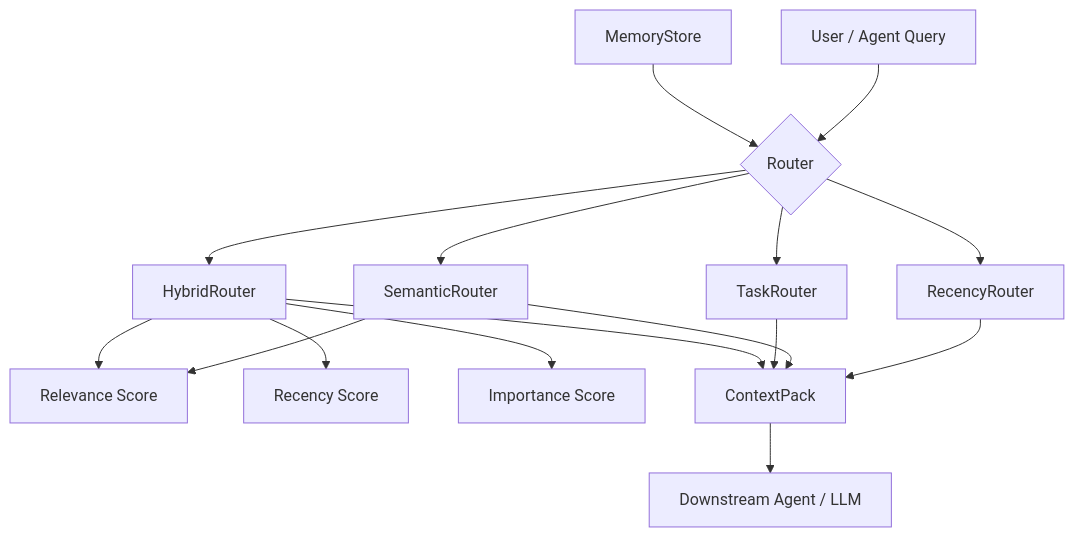
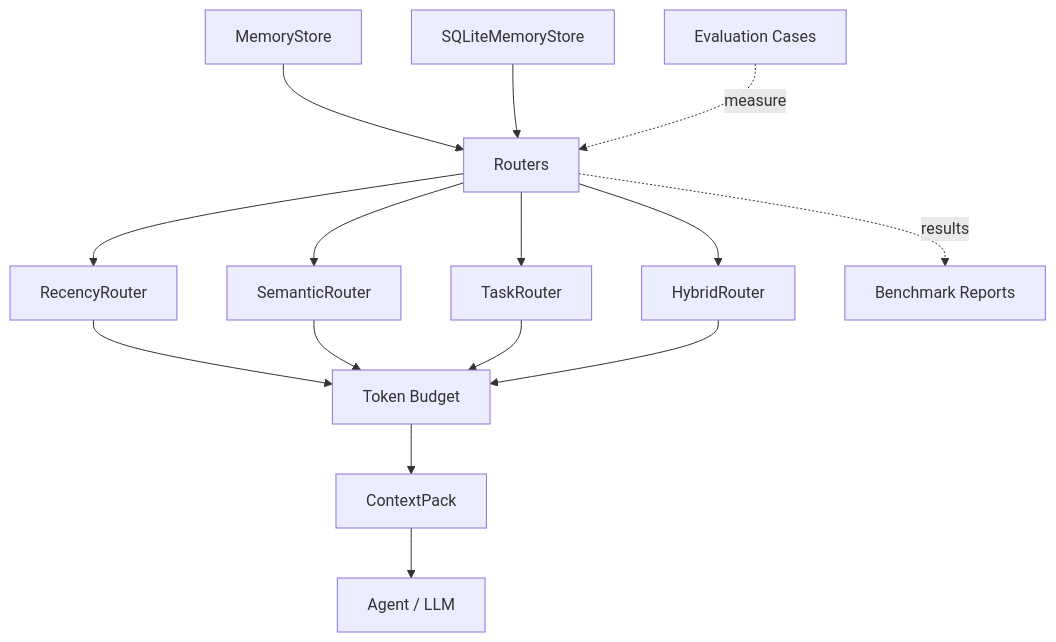
Before and after one commit to aditya89bh/context-router: the diagram in README.md, drawn with Mermaid. The commit also changed other lines of this file, not shown here.

Commit message:
Refresh README architecture section

````diff
--- a/README.md
+++ b/README.md
@@ -18,18 +18,18 @@
 ```mermaid
 flowchart TD
-    Q[User / Agent Query] --> R{Router}
-    M[MemoryStore] --> R
+    MS[MemoryStore] --> R[Routers]
+    SMS[SQLiteMemoryStore] --> R
     R --> RR[RecencyRouter]
     R --> SR[SemanticRouter]
     R --> TR[TaskRouter]
     R --> HR[HybridRouter]
-    SR --> RS[Relevance Score]
-    HR --> RS
-    HR --> RC[Recency Score]
-    HR --> IM[Importance Score]
-    RR --> CP[ContextPack]
-    SR --> CP
-    TR --> CP
-    HR --> CP
-    CP --> A[Downstream Agent / LLM]
+    RR --> TB[Token Budget]
+    SR --> TB
+    TR --> TB
+    HR --> TB
+    TB --> CP[ContextPack]
+    CP --> A[Agent / LLM]
+
+    E[Evaluation Cases] -. measure .-> R
+    R -. results .-> B[Benchmark Reports]
 ```
````
